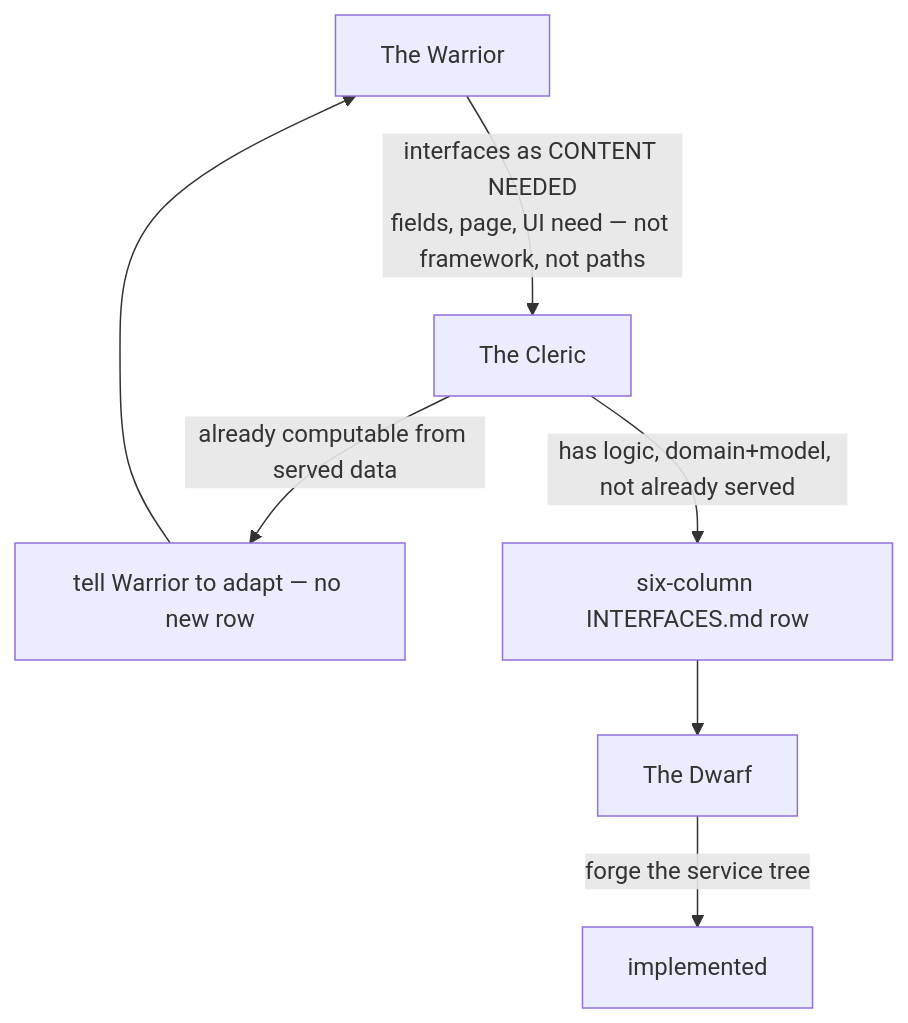
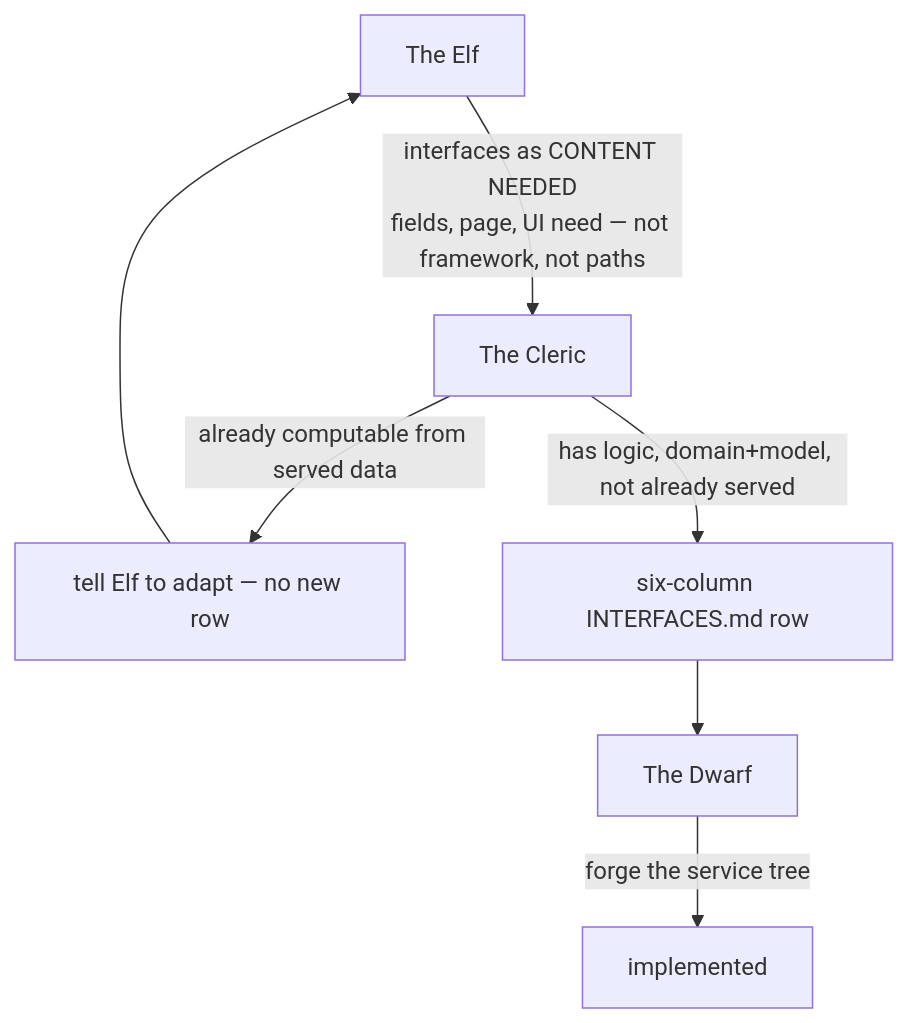
Before and after one commit to kodexArg/harness-base: the second of 8 diagrams in docs/ADND-DISPATCH.md, drawn with Mermaid. The commit also changed other lines of this file and 27 other files, not shown here.

First line of the commit message:
docs(agents): replace The Warrior with The Elf as the sealed surface owner

````diff
--- a/docs/ADND-DISPATCH.md
+++ b/docs/ADND-DISPATCH.md
@@ -82,12 +82,12 @@
 ```mermaid
 flowchart TD
-  w[The Warrior]
+  e[The Elf]
   c[The Cleric]
   d[The Dwarf]
-  w -->|"interfaces as CONTENT NEEDED<br/>fields, page, UI need — not framework, not paths"| c
-  c -->|"already computable from served data"| adapt[tell Warrior to adapt — no new row]
+  e -->|"interfaces as CONTENT NEEDED<br/>fields, page, UI need — not framework, not paths"| c
+  c -->|"already computable from served data"| adapt[tell Elf to adapt — no new row]
   c -->|"has logic, domain+model, not already served"| row[six-column INTERFACES.md row]
   row --> d
   d -->|forge the service tree| done[implemented]
-  adapt --> w
+  adapt --> e
 ```
````
